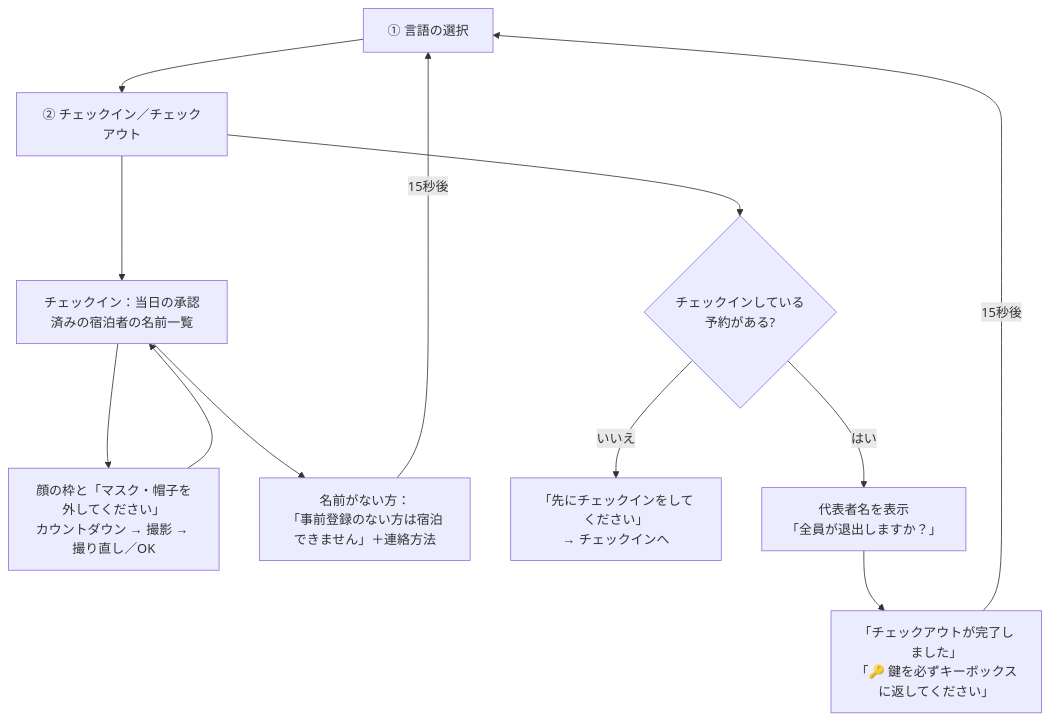
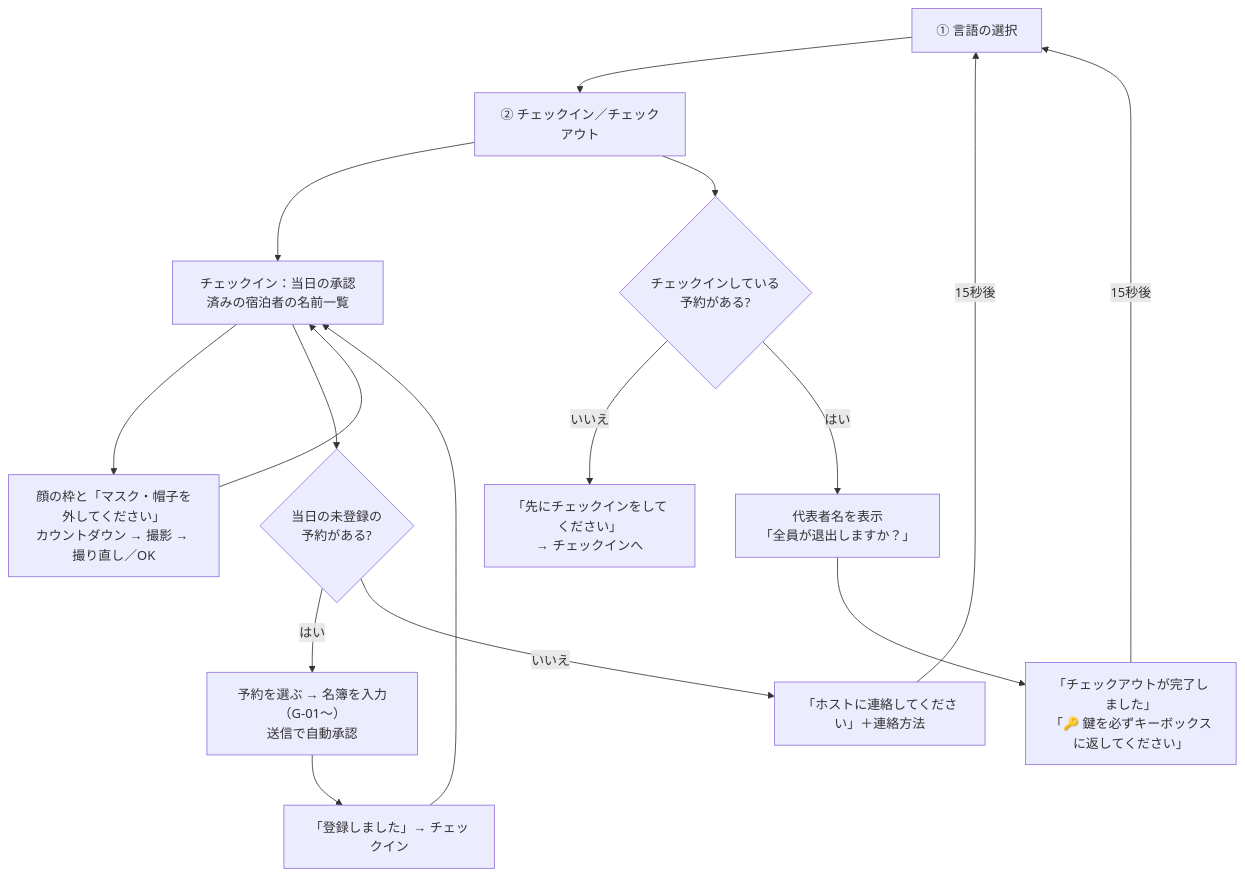
Before and after one commit to tamahouse0930/checkinmanagement: the fifth of 5 diagrams in docs/design.md, drawn with Mermaid. The commit also changed other lines of this file and 11 other files, not shown here.

````diff
--- a/docs/design.md
+++ b/docs/design.md
@@ -653,13 +653,17 @@
 ```mermaid
 flowchart TD
     Lang[① 言語の選択] --> Top[② チェックイン／チェックアウト]
     Top --> CI[チェックイン：当日の承認済みの宿泊者の名前一覧]
     CI --> Shot[顔の枠と「マスク・帽子を外してください」<br/>カウントダウン → 撮影 → 撮り直し／OK]
     Shot --> CI
-    CI --> NoName[名前がない方：<br/>「事前登録のない方は宿泊できません」＋連絡方法]
+    CI --> Walk{当日の未登録の<br/>予約がある?}
+    Walk -- はい --> Reg[予約を選ぶ → 名簿を入力（G-01〜）<br/>送信で自動承認]
+    Reg --> Done[「登録しました」→ チェックイン]
+    Done --> CI
+    Walk -- いいえ --> NoName[「ホストに連絡してください」＋連絡方法]
     Top --> CO{チェックインしている<br/>予約がある?}
     CO -- いいえ --> Pls[「先にチェックインをしてください」<br/>→ チェックインへ]
     CO -- はい --> Confirm[代表者名を表示<br/>「全員が退出しますか？」]
     Confirm --> Bye[「チェックアウトが完了しました」<br/>「🔑 鍵を必ずキーボックスに返してください」]
     NoName & Bye -->|15秒後| Lang
 ```
````
